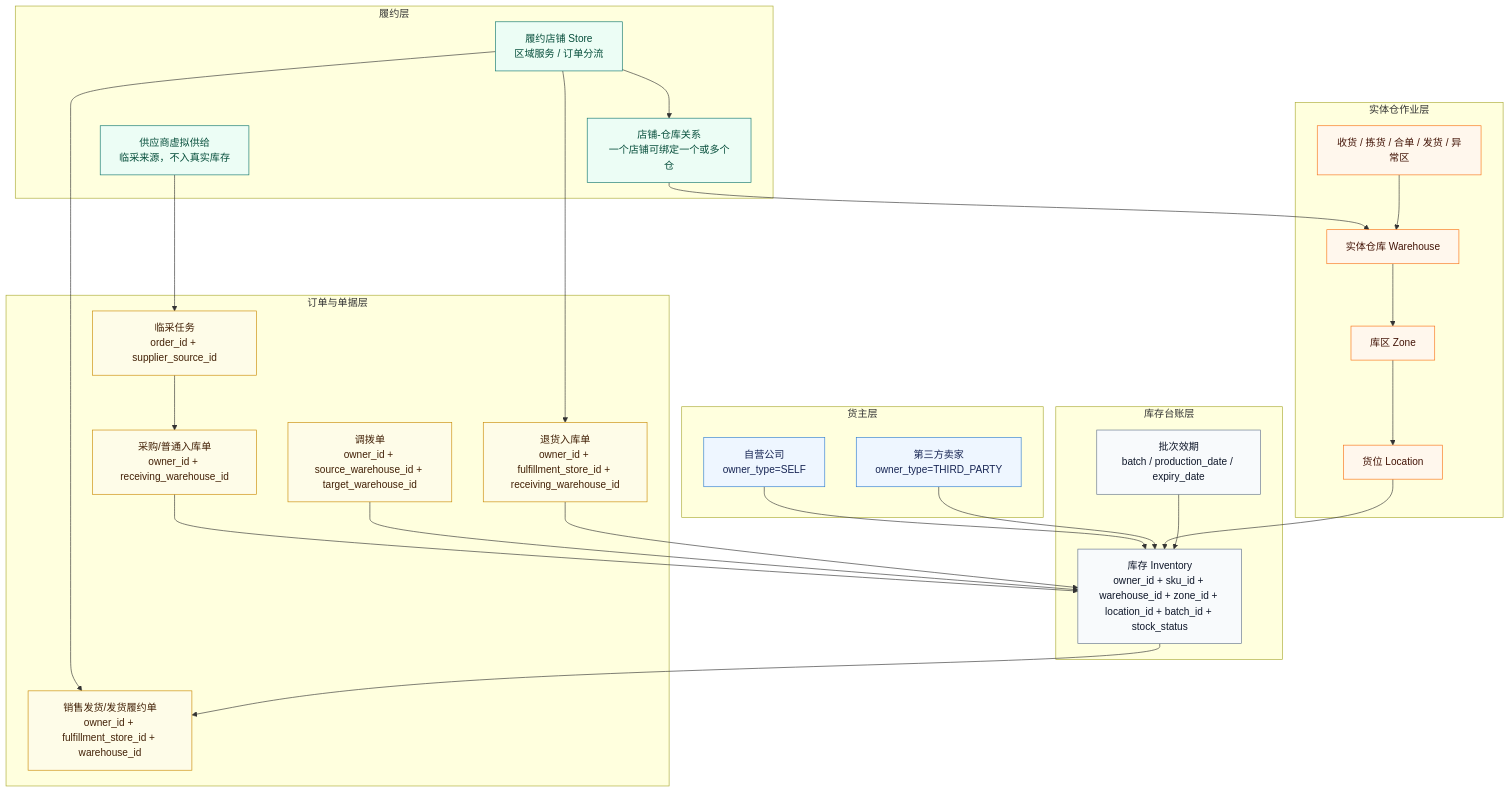
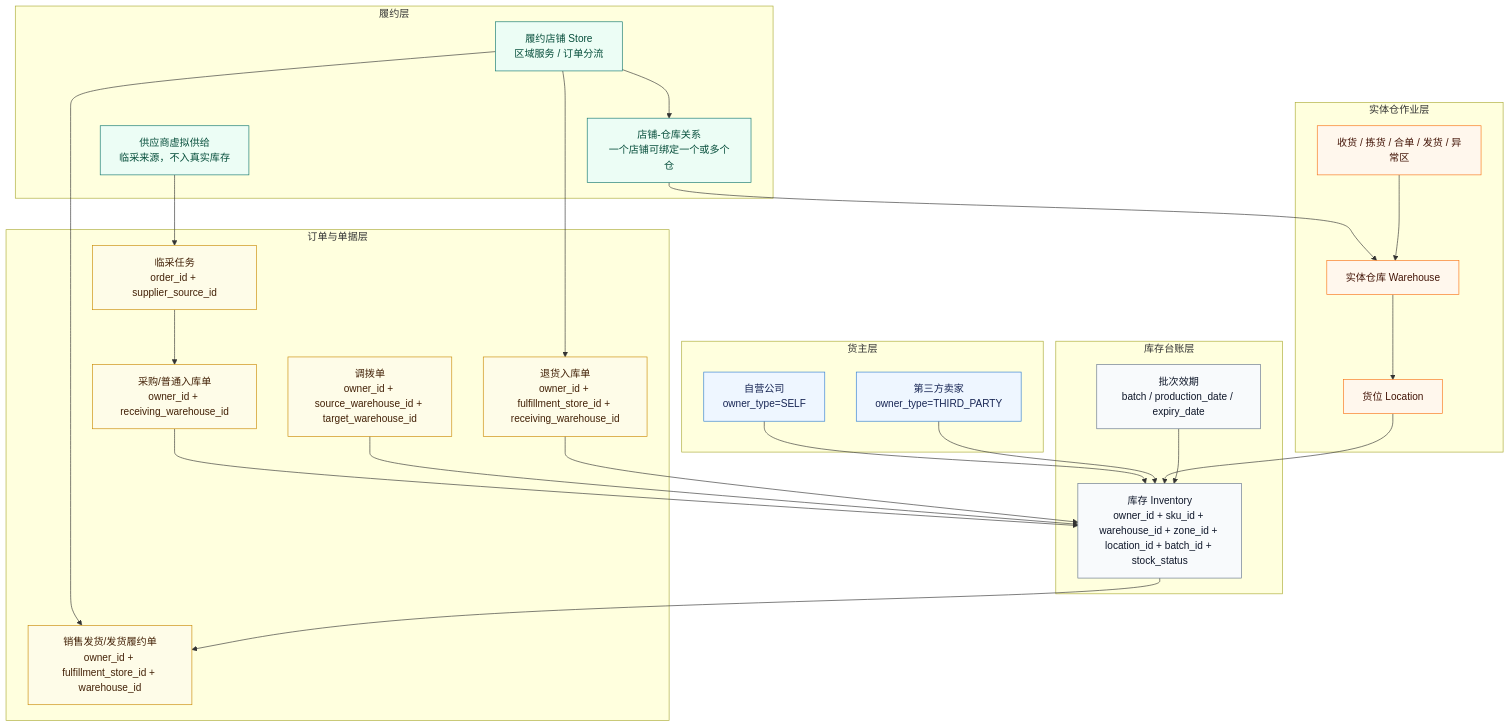
One commit to yuxiaojia1127-a11y/yf-wms-code changed the second of 2 diagrams in public/wms-prototypes/_docs/需求方案/流程图/库存归属与作业维度模型图.md. Above: the diagram before and after it, drawn with Mermaid. The commit also changed 55 other files, not shown here.

````diff
--- a/public/wms-prototypes/_docs/需求方案/流程图/库存归属与作业维度模型图.md
+++ b/public/wms-prototypes/_docs/需求方案/流程图/库存归属与作业维度模型图.md
@@ -56,60 +56,59 @@
 ```mermaid
 flowchart TB
     subgraph OwnerLayer["货主层"]
         SelfOwner["自营公司<br/>owner_type=SELF"]
         SellerOwner["第三方卖家<br/>owner_type=THIRD_PARTY"]
     end
 
     subgraph FulfillmentLayer["履约层"]
         Store["履约店铺 Store<br/>区域服务 / 订单分流"]
         StoreWarehouseRel["店铺-仓库关系<br/>一个店铺可绑定一个或多个仓"]
         SupplierSource["供应商虚拟供给<br/>临采来源，不入真实库存"]
     end
 
     subgraph WarehouseLayer["实体仓作业层"]
         Warehouse["实体仓库 Warehouse"]
-        Zone["库区 Zone"]
         Location["货位 Location"]
         WorkArea["收货 / 拣货 / 合单 / 发货 / 异常区"]
     end
 
     subgraph InventoryLayer["库存台账层"]
         Inventory["库存 Inventory<br/>owner_id + sku_id + warehouse_id + zone_id + location_id + batch_id + stock_status"]
         Batch["批次效期<br/>batch / production_date / expiry_date"]
     end
 
     subgraph OrderLayer["订单与单据层"]
         Order["销售发货/发货履约单<br/>owner_id + fulfillment_store_id + warehouse_id"]
         ReturnInbound["退货入库单<br/>owner_id + fulfillment_store_id + receiving_warehouse_id"]
         Inbound["采购/普通入库单<br/>owner_id + receiving_warehouse_id"]
         Transfer["调拨单<br/>owner_id + source_warehouse_id + target_warehouse_id"]
         Procurement["临采任务<br/>order_id + supplier_source_id"]
     end
 
     SelfOwner --> Inventory
     SellerOwner --> Inventory
     Store --> StoreWarehouseRel --> Warehouse
-    Warehouse --> Zone --> Location --> Inventory
+    Warehouse --> Location --> Inventory
     Batch --> Inventory
     WorkArea --> Warehouse
 
     Store --> Order
     Store --> ReturnInbound
     Inventory --> Order
     Inbound --> Inventory
     Transfer --> Inventory
     ReturnInbound --> Inventory
     SupplierSource --> Procurement --> Inbound
 
     classDef owner fill:#eef6ff,stroke:#2f7dd1,color:#172554;
     classDef fulfill fill:#ecfdf5,stroke:#0f766e,color:#064e3b;
     classDef warehouse fill:#fff7ed,stroke:#f97316,color:#431407;
     classDef inventory fill:#f8fafc,stroke:#64748b,color:#0f172a;
     classDef order fill:#fefce8,stroke:#ca8a04,color:#422006;
 
     class SelfOwner,SellerOwner owner;
     class Store,StoreWarehouseRel,SupplierSource fulfill;
-    class Warehouse,Zone,Location,WorkArea warehouse;
+    class Warehouse,Location,WorkArea warehouse;
     class Inventory,Batch inventory;
     class Order,ReturnInbound,Inbound,Transfer,Procurement order;
 ```
````
